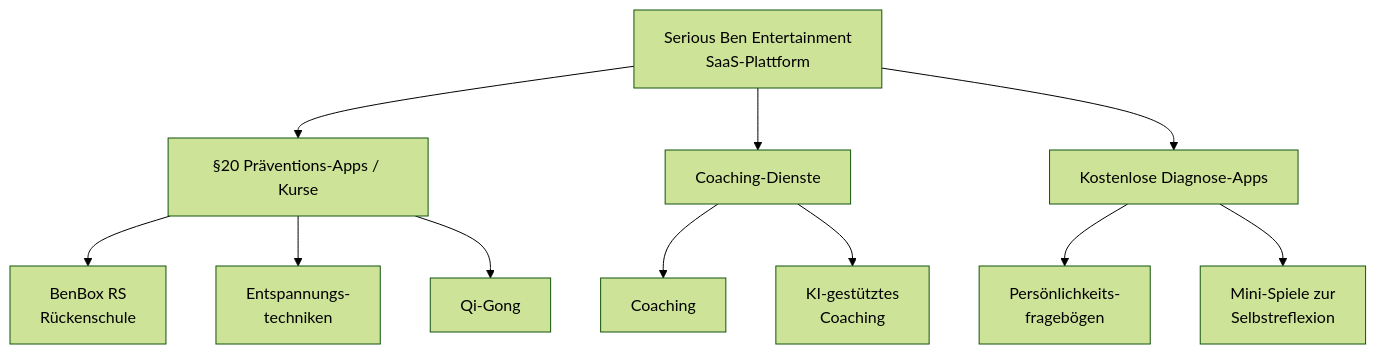
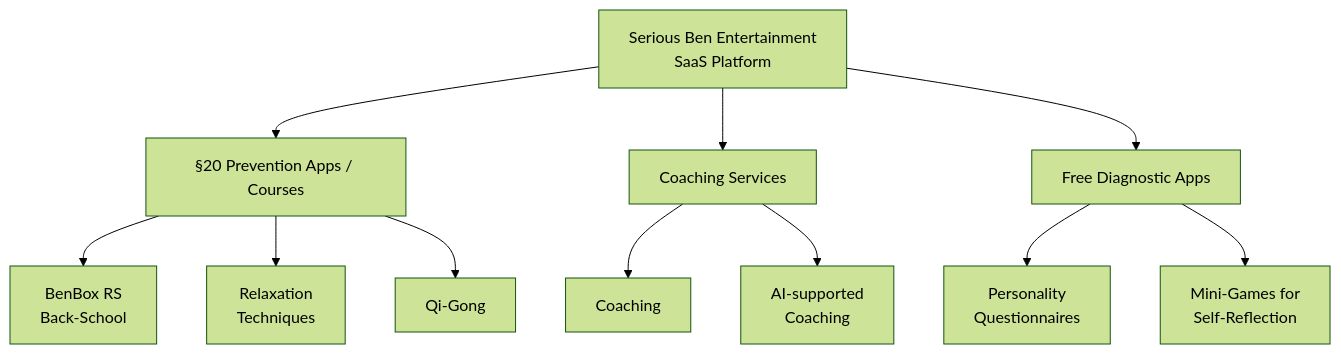
The first of 2 diagrams in Businessplan.qmd (DrBenjamin/Businessplan), drawn with Mermaid (forest theme) before and after one commit. The commit also changed other lines of this file and 1 other file, not shown here.

````diff
--- a/Businessplan.qmd
+++ b/Businessplan.qmd
@@ -154,19 +154,19 @@
 ```{mermaid}
-%%| fig-cap: "Serious Ben Entertainment Produktportfolio"
+%%| fig-cap: "Serious Ben Entertainment Product Portfolio"
 %%| fig-width: 6
 %%| fig-height: 4
 graph TD
-    A[Serious Ben Entertainment<br/>SaaS-Plattform] --> B[§20 Präventions-Apps / Kurse]
-    A --> C[Coaching-Dienste]
-    A --> D[Kostenlose Diagnose-Apps]
-    
-    B --> B1[BenBox RS<br/>Rückenschule]
-    B --> B2[Entspannungs-<br/>techniken]
+    A[Serious Ben Entertainment<br/>SaaS Platform] --> B[§20 Prevention Apps / Courses]
+    A --> C[Coaching Services]
+    A --> D[Free Diagnostic Apps]
+
+    B --> B1[BenBox RS<br/>Back-School]
+    B --> B2[Relaxation<br/>Techniques]
     B --> B3[Qi-Gong]
-    
+
     C --> C1[Coaching]
-    C --> C2[KI-gestütztes<br/>Coaching]
-    
-    D --> D1[Persönlichkeits-<br/>fragebögen]
-    D --> D2[Mini-Spiele zur<br/>Selbstreflexion]
+    C --> C2[AI-supported<br/>Coaching]
+
+    D --> D1[Personality<br/>Questionnaires]
+    D --> D2[Mini-Games for<br/>Self-Reflection]
 ```
````
